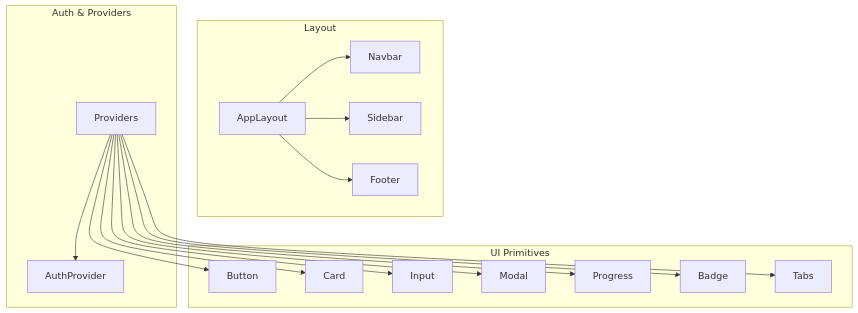
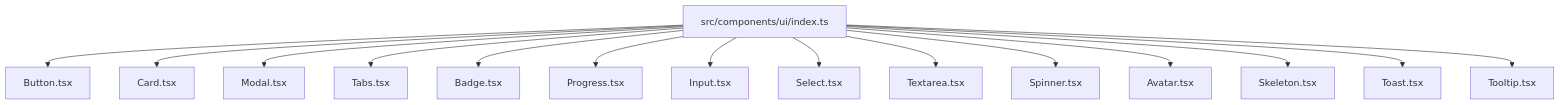
Before and after one commit to Daniiyal-creates/MedAce-AI: the first of 9 diagrams in .qoder/repowiki/en/content/Component Library/Component Library.md, drawn with Mermaid. The commit also changed other lines of this file and 159 other files, not shown here.

````diff
--- a/.qoder/repowiki/en/content/Component Library/Component Library.md
+++ b/.qoder/repowiki/en/content/Component Library/Component Library.md
@@ -43,33 +40,17 @@
 ```mermaid
 graph TB
-subgraph "UI Primitives"
-B["Button"]
-C["Card"]
-I["Input"]
-M["Modal"]
-P["Progress"]
-Dg["Badge"]
-T["Tabs"]
-end
-subgraph "Layout"
-AL["AppLayout"]
-N["Navbar"]
-S["Sidebar"]
-F["Footer"]
-end
-subgraph "Auth & Providers"
-AP["AuthProvider"]
-PR["Providers"]
-end
-AL --> N
-AL --> S
-AL --> F
-PR --> AP
-PR --> B
-PR --> C
-PR --> I
-PR --> M
-PR --> P
-PR --> Dg
-PR --> T
+A["src/components/ui/index.ts"] --> B["Button.tsx"]
+A --> C["Card.tsx"]
+A --> D["Modal.tsx"]
+A --> E["Tabs.tsx"]
+A --> F["Badge.tsx"]
+A --> G["Progress.tsx"]
+A --> H["Input.tsx"]
+A --> I["Select.tsx"]
+A --> J["Textarea.tsx"]
+A --> K["Spinner.tsx"]
+A --> L["Avatar.tsx"]
+A --> M["Skeleton.tsx"]
+A --> N["Toast.tsx"]
+A --> O["Tooltip.tsx"]
 ```
````
